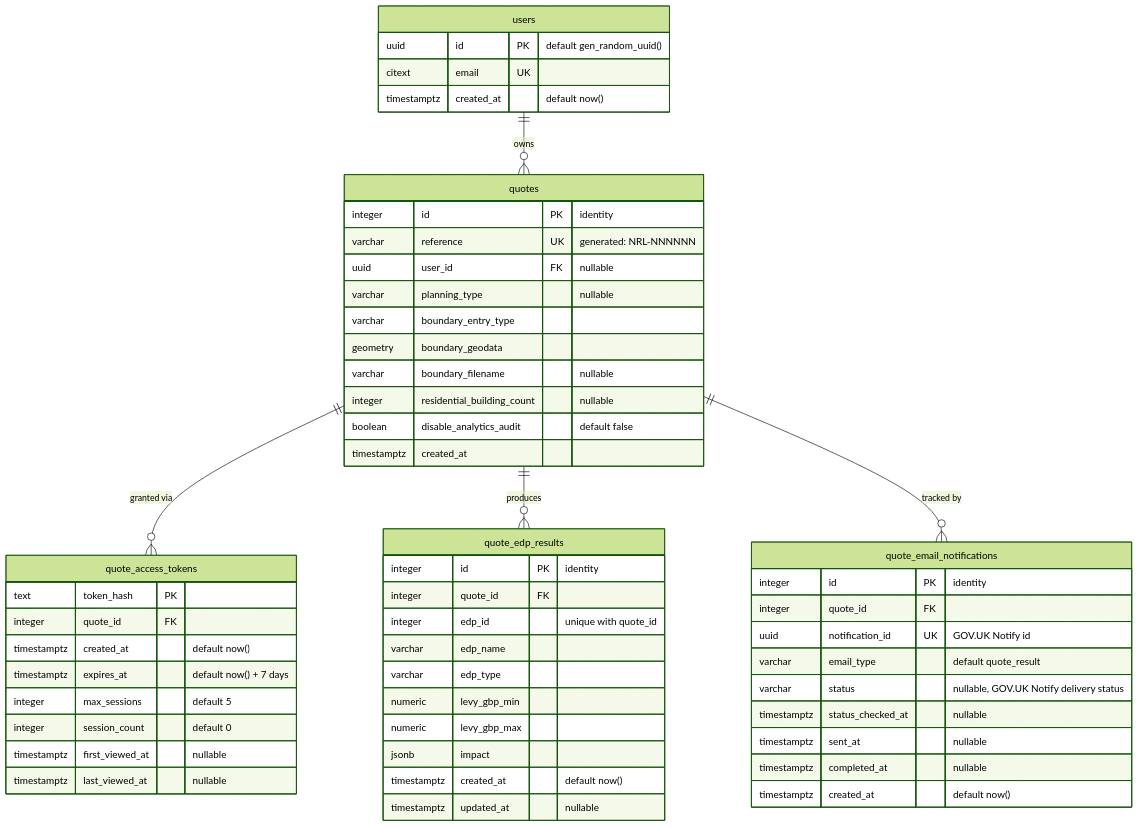
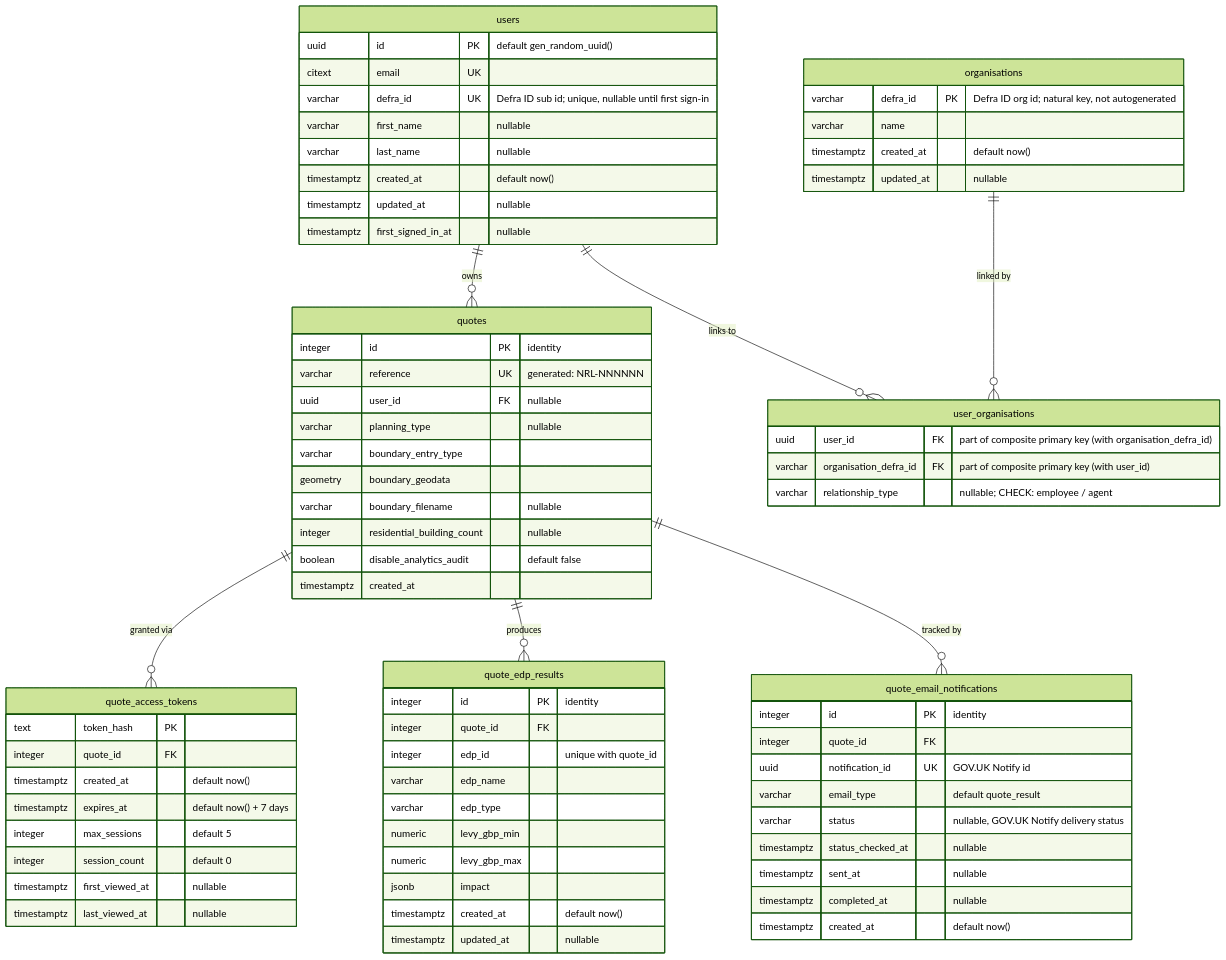
One commit to DEFRA/nrf-backend changed the diagram in docs/quote-database-diagram.md. Above: the diagram before and after it, drawn with Mermaid (forest theme). The commit also changed other lines of this file and 2 other files, not shown here.

Commit message:
NRF2-1085 - DB migration for users tables (#277)
* DB migration for users tables

* Citizen isn't a valid value for user_organisations table

````diff
--- a/docs/quote-database-diagram.md
+++ b/docs/quote-database-diagram.md
@@ -10,62 +10,82 @@
 ```mermaid
 erDiagram
     users ||--o{ quotes : "owns"
     quotes ||--o{ quote_access_tokens : "granted via"
     quotes ||--o{ quote_edp_results : "produces"
     quotes ||--o{ quote_email_notifications : "tracked by"
+    users ||--o{ user_organisations : "links to"
+    organisations ||--o{ user_organisations : "linked by"
 
     users {
         uuid id PK "default gen_random_uuid()"
         citext email UK
+        varchar defra_id UK "Defra ID sub id; unique, nullable until first sign-in"
+        varchar first_name "nullable"
+        varchar last_name "nullable"
         timestamptz created_at "default now()"
+        timestamptz updated_at "nullable"
+        timestamptz first_signed_in_at "nullable"
+    }
+
+    organisations {
+        varchar defra_id PK "Defra ID org id; natural key, not autogenerated"
+        varchar name
+        timestamptz created_at "default now()"
+        timestamptz updated_at "nullable"
+    }
+
+    user_organisations {
+        uuid user_id FK "part of composite primary key (with organisation_defra_id)"
+        varchar organisation_defra_id FK "part of composite primary key (with user_id)"
+        varchar relationship_type "nullable; CHECK: employee / agent"
     }
 
     quotes {
         integer id PK "identity"
         varchar reference UK "generated: NRL-NNNNNN"
         uuid user_id FK "nullable"
         varchar planning_type "nullable"
         varchar boundary_entry_type
         geometry boundary_geodata
         varchar boundary_filename "nullable"
         integer residential_building_count "nullable"
         boolean disable_analytics_audit "default false"
         timestamptz created_at
     }
 
     quote_access_tokens {
         text token_hash PK
         integer quote_id FK
         timestamptz created_at "default now()"
         timestamptz expires_at "default now() + 7 days"
         integer max_sessions "default 5"
         integer session_count "default 0"
         timestamptz first_viewed_at "nullable"
         timestamptz last_viewed_at "nullable"
     }
 
     quote_edp_results {
         integer id PK "identity"
         integer quote_id FK
         integer edp_id "unique with quote_id"
         varchar edp_name
         varchar edp_type
         numeric levy_gbp_min
         numeric levy_gbp_max
         jsonb impact
         timestamptz created_at "default now()"
         timestamptz updated_at "nullable"
     }
 
     quote_email_notifications {
         integer id PK "identity"
         integer quote_id FK
         uuid notification_id UK "GOV.UK Notify id"
         varchar email_type "default quote_result"
         varchar status "nullable, GOV.UK Notify delivery status"
         timestamptz status_checked_at "nullable"
         timestamptz sent_at "nullable"
         timestamptz completed_at "nullable"
         timestamptz created_at "default now()"
     }
 ```
````
